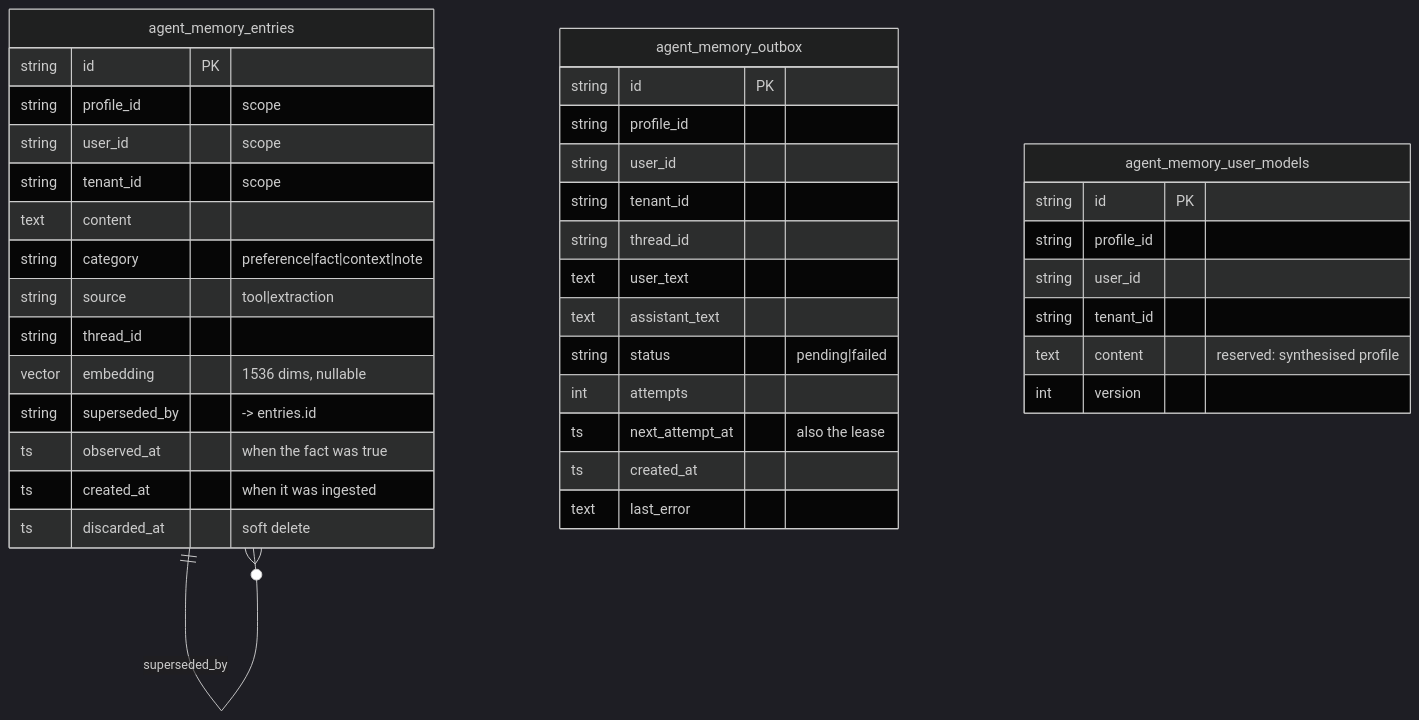
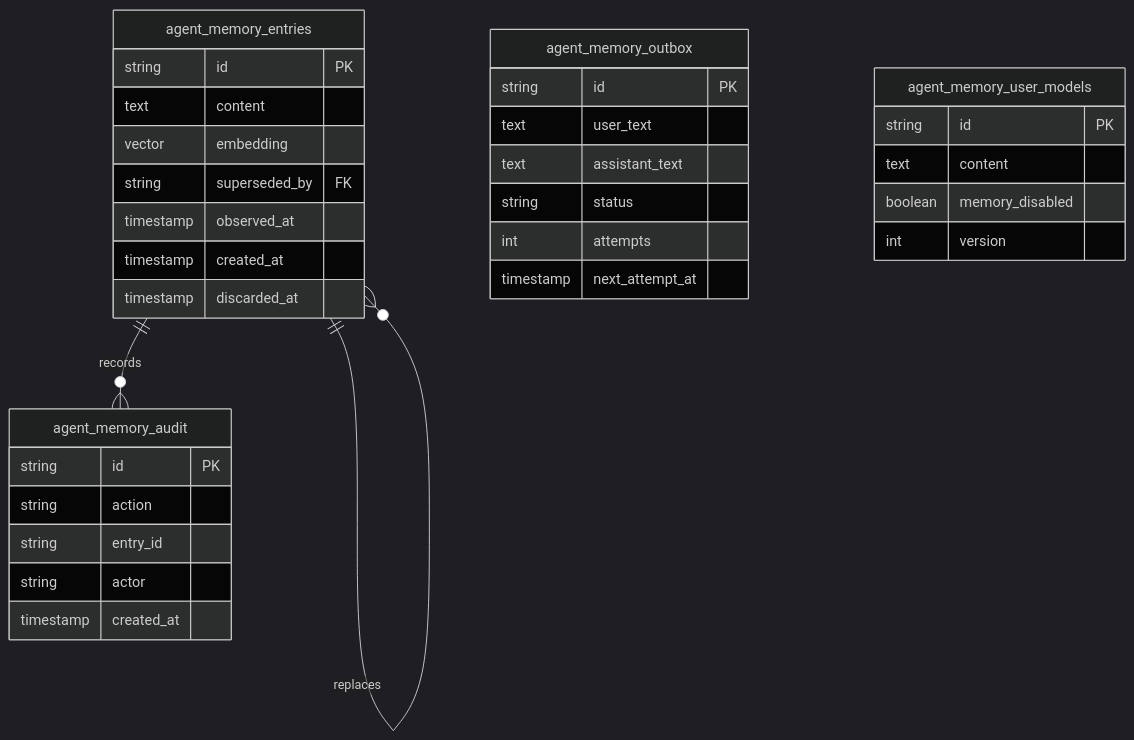
One commit to ap05-epic/agent-memory-prototype changed the sixth of 10 diagrams in docs/agent-memory/ARCHITECTURE.md. Above: the diagram before and after it, drawn with Mermaid (dark theme). The commit also changed other lines of this file, not shown here.

First line of the commit message:
Fix and simplify the architecture diagrams

````diff
--- a/docs/agent-memory/ARCHITECTURE.md
+++ b/docs/agent-memory/ARCHITECTURE.md
@@ -160,41 +170,36 @@
 ```mermaid
 erDiagram
+    agent_memory_entries ||--o{ agent_memory_entries : replaces
+    agent_memory_entries ||--o{ agent_memory_audit : records
+
     agent_memory_entries {
-        string  id PK
-        string  profile_id  "scope"
-        string  user_id     "scope"
-        string  tenant_id   "scope"
-        text    content
-        string  category    "preference|fact|context|note"
-        string  source      "tool|extraction"
-        string  thread_id
-        vector  embedding   "1536 dims, nullable"
-        string  superseded_by "-> entries.id"
-        ts      observed_at "when the fact was true"
-        ts      created_at  "when it was ingested"
-        ts      discarded_at "soft delete"
+        string id PK
+        text content
+        vector embedding
+        string superseded_by FK
+        timestamp observed_at
+        timestamp created_at
+        timestamp discarded_at
     }
     agent_memory_outbox {
-        string  id PK
-        string  profile_id
-        string  user_id
-        string  tenant_id
-        string  thread_id
-        text    user_text
-        text    assistant_text
-        string  status      "pending|failed"
-        int     attempts
-        ts      next_attempt_at "also the lease"
-        ts      created_at
-        text    last_error
+        string id PK
+        text user_text
+        text assistant_text
+        string status
+        int attempts
+        timestamp next_attempt_at
+    }
+    agent_memory_audit {
+        string id PK
+        string action
+        string entry_id
+        string actor
+        timestamp created_at
     }
     agent_memory_user_models {
-        string  id PK
-        string  profile_id
-        string  user_id
-        string  tenant_id
-        text    content     "reserved: synthesised profile"
-        int     version
+        string id PK
+        text content
+        boolean memory_disabled
+        int version
     }
-    agent_memory_entries ||--o{ agent_memory_entries : "superseded_by"
 ```
````
